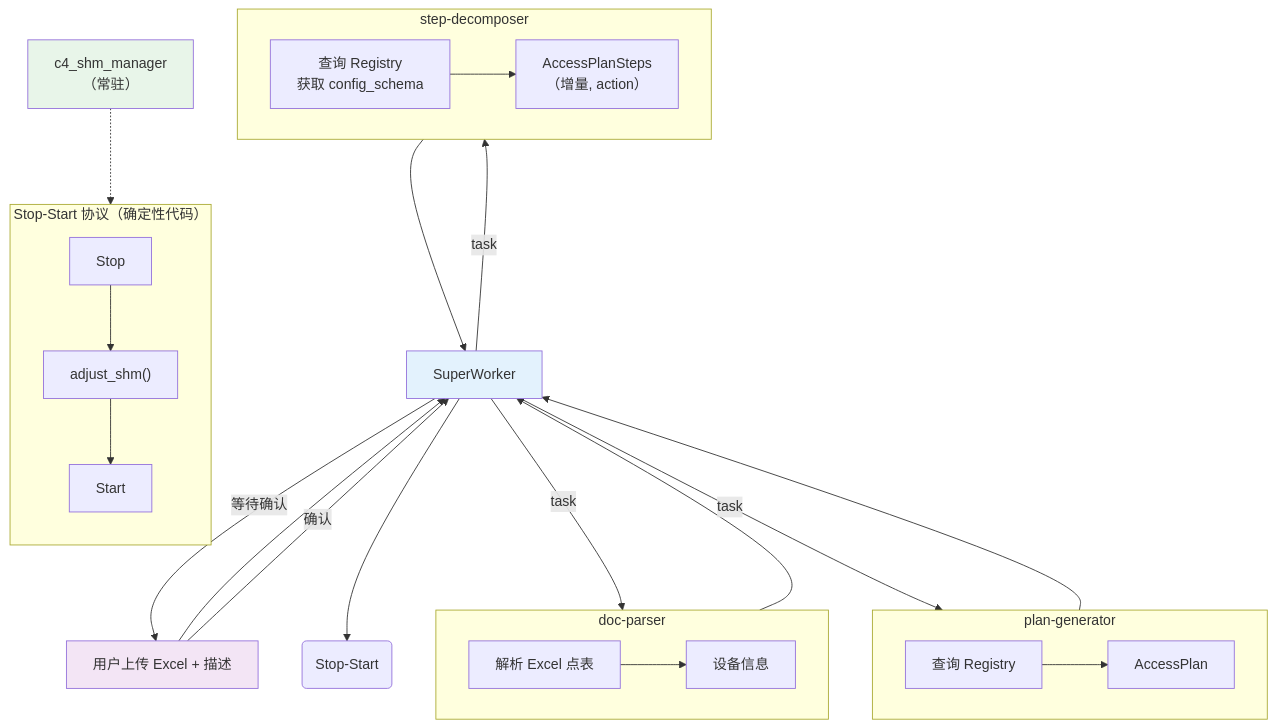
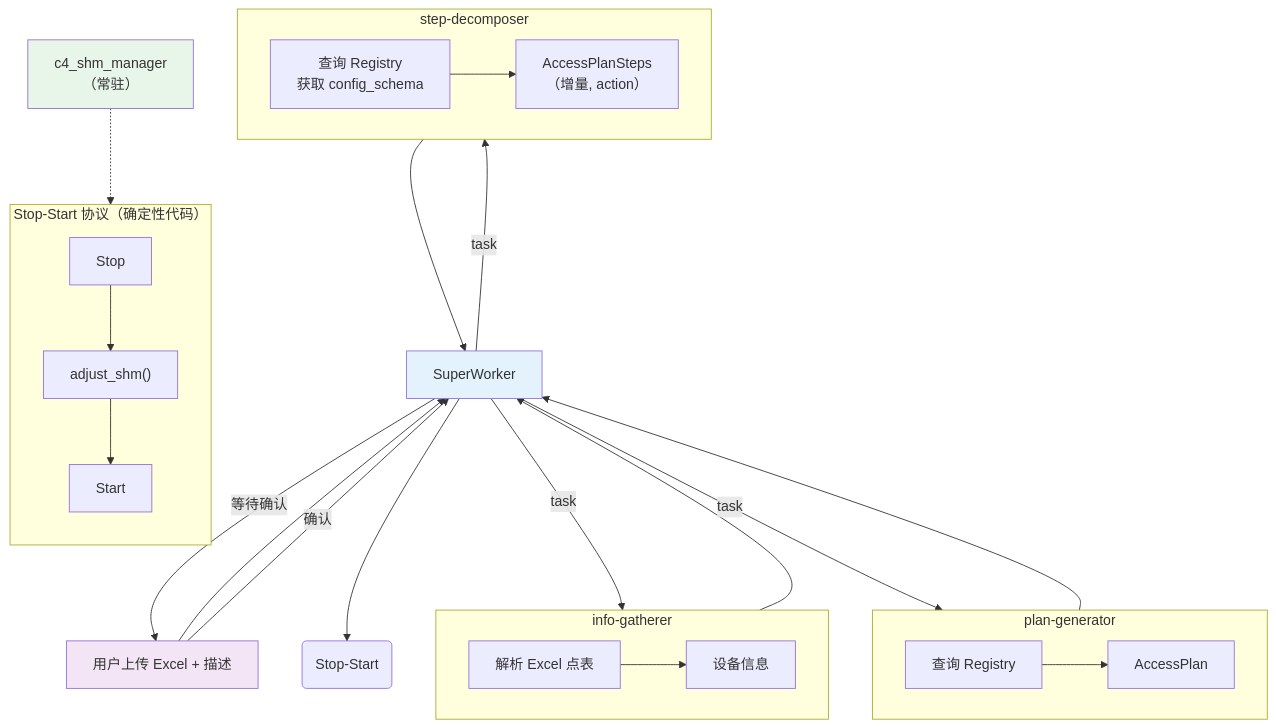
One commit to activesys/c4 changed the fourth of 4 diagrams in docs/design/agent.md. Above: the diagram before and after it, drawn with Mermaid. The commit also changed other lines of this file, not shown here.

Commit message:
docs(agent): 重构接入流程设计（abbr 记忆库 id 稳定 + config_schema 三档语义 + 双层校验）

````diff
--- a/docs/design/agent.md
+++ b/docs/design/agent.md
@@ -1155,33 +1423,33 @@
 ```mermaid
 flowchart TD
     User["用户上传 Excel + 描述"] --> C["SuperWorker"]
 
-    subgraph DocParse["doc-parser"]
+    subgraph InfoGather["info-gatherer"]
         X["解析 Excel 点表"] --> D["设备信息"]
     end
 
     subgraph PlanGen["plan-generator"]
         Q1["查询 Registry"] --> A["AccessPlan"]
     end
 
     subgraph StepDec["step-decomposer"]
         Q2["查询 Registry<br/>获取 config_schema"] --> S["AccessPlanSteps<br/>（增量, action）"]
     end
 
     subgraph StopStart["Stop-Start 协议（确定性代码）"]
         direction TB
         Stop["Stop"] --> Adjust["adjust_shm()"] --> Start["Start"]
     end
 
-    C -->|"task"| DocParse --> C
+    C -->|"task"| InfoGather --> C
     C -->|"task"| PlanGen --> C
     C -->|"等待确认"| User -->|"确认"| C
     C -->|"task"| StepDec --> C
     C --> 执行("Stop-Start")
 
     SHM["c4_shm_manager<br/>（常驻）"] -.-> Adjust
 
     style SHM fill:#e8f5e9
     style User fill:#f3e5f5
     style C fill:#e3f2fd
 ```
````
